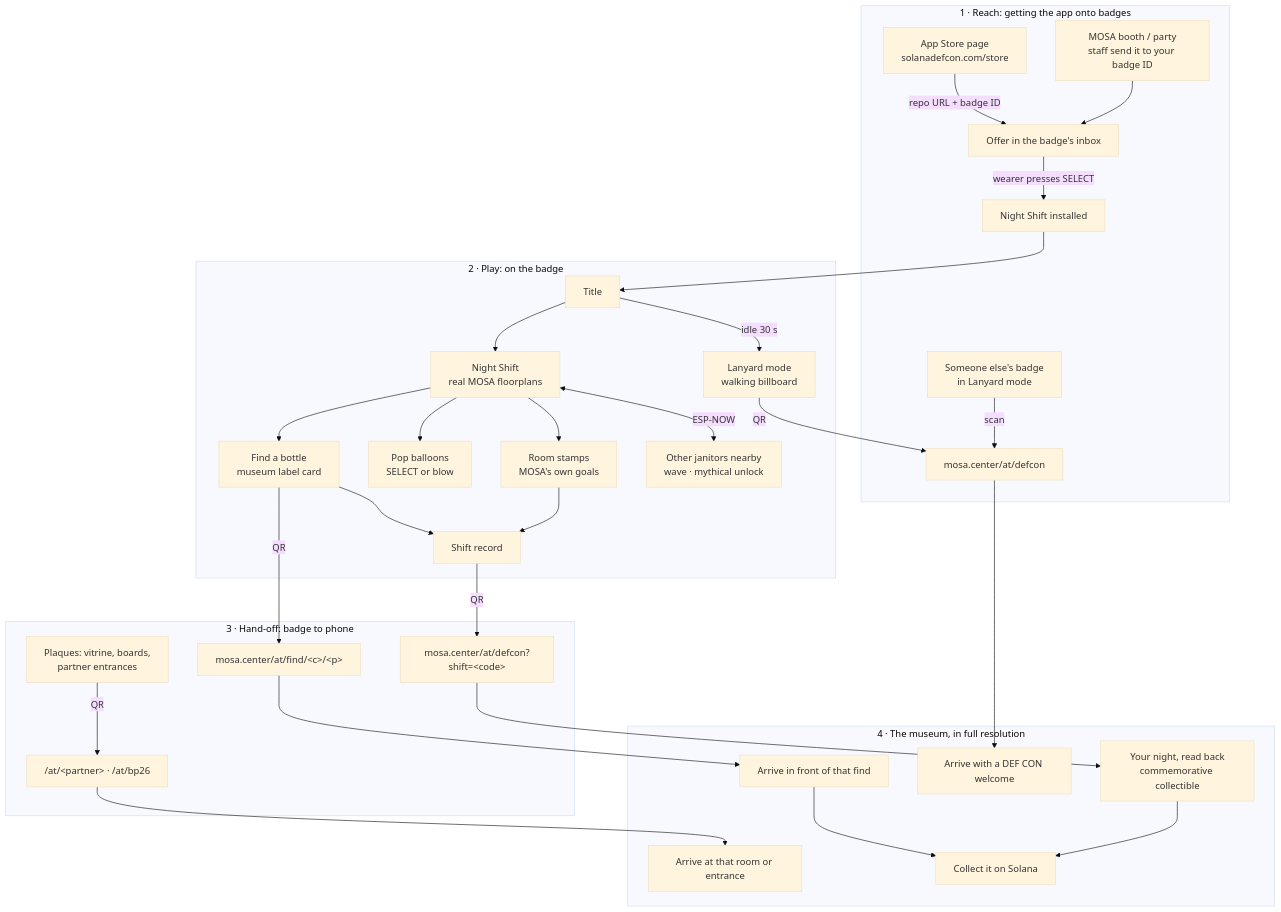
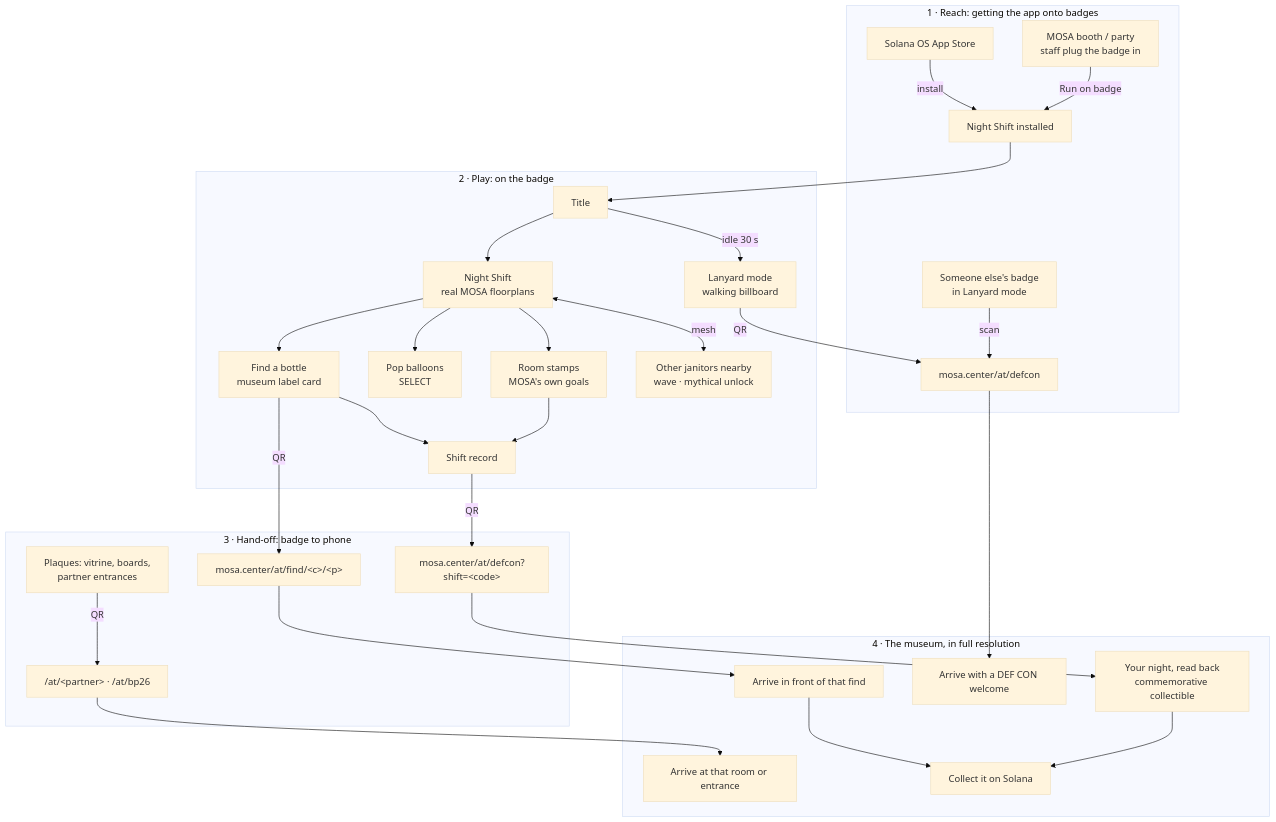
One commit to bparticle/mosa-defcon changed the diagram in docs/FLOW.md. Above: the diagram before and after it, drawn with Mermaid (base theme). The commit also changed other lines of this file and 62 other files, not shown here.

First line of the commit message:
Port Night Shift to Solana OS on the Breakpoint 2026 badge

````diff
--- a/docs/FLOW.md
+++ b/docs/FLOW.md
@@ -7,37 +7,36 @@
 ```mermaid
 flowchart TD
   subgraph Reach["1 · Reach: getting the app onto badges"]
-    S1[App Store page<br/>solanadefcon.com/store] -->|repo URL + badge ID| OFFER[Offer in the badge's inbox]
-    BOOTH[MOSA booth / party<br/>staff send it to your badge ID] --> OFFER
+    S1[Solana OS App Store] -->|install| APP[Night Shift installed]
+    BOOTH[MOSA booth / party<br/>staff plug the badge in] -->|Run on badge| APP
     LANYARD[Someone else's badge<br/>in Lanyard mode] -->|scan| SITE
-    OFFER -->|wearer presses SELECT| APP[Night Shift installed]
   end
 
   subgraph Play["2 · Play: on the badge"]
     APP --> TITLE[Title]
     TITLE -->|idle 30 s| LANY[Lanyard mode<br/>walking billboard]
     TITLE --> WALK[Night Shift<br/>real MOSA floorplans]
     WALK --> FIND[Find a bottle<br/>museum label card]
-    WALK --> POP[Pop balloons<br/>SELECT or blow]
+    WALK --> POP[Pop balloons<br/>SELECT]
     WALK --> STAMP[Room stamps<br/>MOSA's own goals]
-    WALK <-->|ESP-NOW| PEERS[Other janitors nearby<br/>wave · mythical unlock]
+    WALK <-->|mesh| PEERS[Other janitors nearby<br/>wave · mythical unlock]
     FIND --> REC[Shift record]
     STAMP --> REC
   end
 
   subgraph Handoff["3 · Hand-off: badge to phone"]
     FIND -->|QR| PIECE["mosa.center/at/find/&lt;c&gt;/&lt;p&gt;"]
     REC -->|QR| REPORT["mosa.center/at/defcon?shift=&lt;code&gt;"]
     LANY -->|QR| SITE["mosa.center/at/defcon"]
     PLAQUE[Plaques: vitrine, boards,<br/>partner entrances] -->|QR| ROOMLINK["/at/&lt;partner&gt; · /at/bp26"]
   end
 
   subgraph Museum["4 · The museum, in full resolution"]
     PIECE --> LAND[Arrive in front of that find]
     SITE --> LAND2[Arrive with a DEF CON welcome]
     REPORT --> LAND3[Your night, read back<br/>commemorative collectible]
     ROOMLINK --> LAND4[Arrive at that room or entrance]
     LAND --> MINT[Collect it on Solana]
     LAND3 --> MINT
   end
 ```
````
